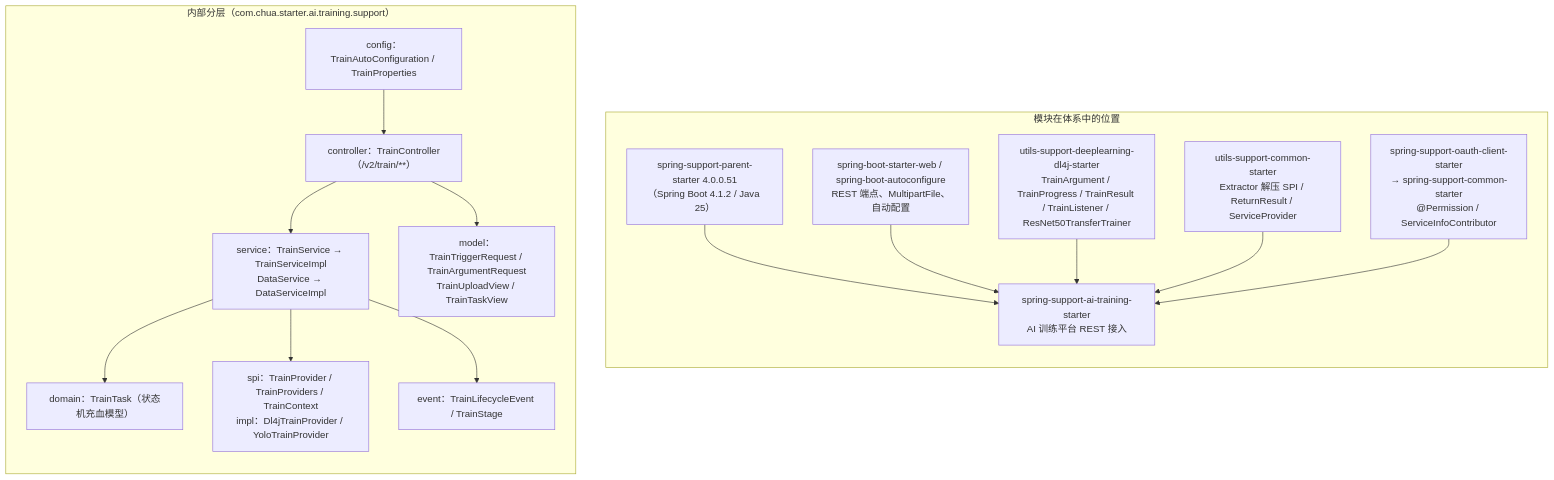
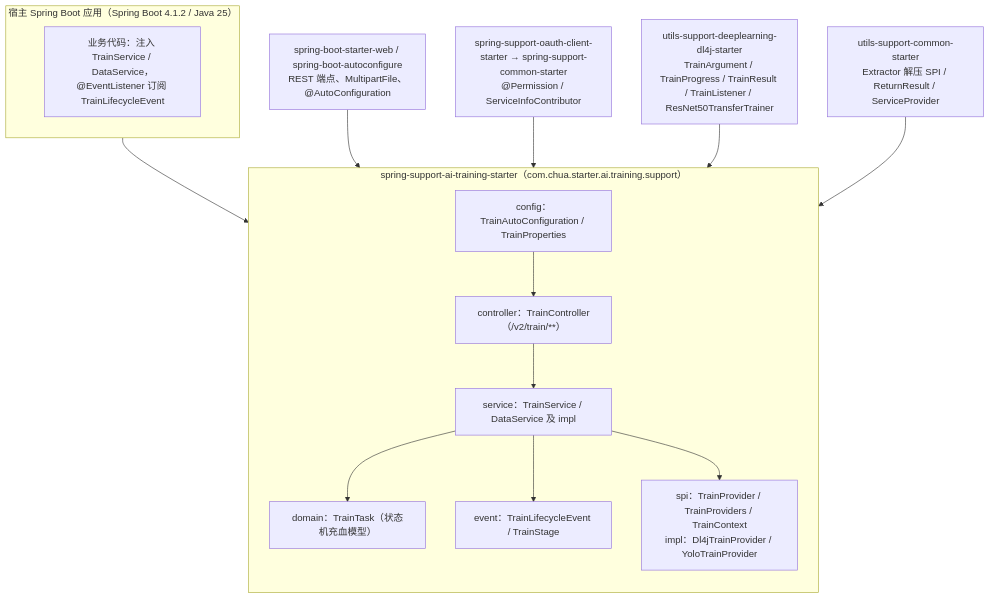
Before and after one commit to CHTK001/spring-support-parent-starter: the first of 2 diagrams in spring-support-ai-training-starter/README.md, drawn with Mermaid. The commit also changed other lines of this file and 54 other files, not shown here.

````diff
--- a/spring-support-ai-training-starter/README.md
+++ b/spring-support-ai-training-starter/README.md
@@ -8,34 +8,29 @@
 ```mermaid
 flowchart TB
-    subgraph ECO["模块在体系中的位置"]
-        direction TB
-        P["spring-support-parent-starter 4.0.0.51<br/>（Spring Boot 4.1.2 / Java 25）"]
-        MOD["spring-support-ai-training-starter<br/>AI 训练平台 REST 接入"]
-        WEB["spring-boot-starter-web / spring-boot-autoconfigure<br/>REST 端点、MultipartFile、自动配置"]
-        DL4J["utils-support-deeplearning-dl4j-starter<br/>TrainArgument / TrainProgress / TrainResult / TrainListener / ResNet50TransferTrainer"]
-        UCOMMON["utils-support-common-starter<br/>Extractor 解压 SPI / ReturnResult / ServiceProvider"]
-        OAUTH["spring-support-oauth-client-starter<br/>→ spring-support-common-starter<br/>@Permission / ServiceInfoContributor"]
-        P --> MOD
-        WEB --> MOD
-        DL4J --> MOD
-        UCOMMON --> MOD
-        OAUTH --> MOD
+    subgraph HOST["宿主 Spring Boot 应用（Spring Boot 4.1.2 / Java 25）"]
+        APP["业务代码：注入 TrainService / DataService，@EventListener 订阅 TrainLifecycleEvent"]
     end
-
-    subgraph LAYERS["内部分层（com.chua.starter.ai.training.support）"]
+    subgraph MOD["spring-support-ai-training-starter（com.chua.starter.ai.training.support）"]
         direction TB
         CFG["config：TrainAutoConfiguration / TrainProperties"]
         CTL["controller：TrainController（/v2/train/**）"]
-        SVC["service：TrainService → TrainServiceImpl<br/>DataService → DataServiceImpl"]
+        SVC["service：TrainService / DataService 及 impl"]
         DOM["domain：TrainTask（状态机充血模型）"]
+        EVT["event：TrainLifecycleEvent / TrainStage"]
         SPIX["spi：TrainProvider / TrainProviders / TrainContext<br/>impl：Dl4jTrainProvider / YoloTrainProvider"]
-        EVT["event：TrainLifecycleEvent / TrainStage"]
-        MDL["model：TrainTriggerRequest / TrainArgumentRequest<br/>TrainUploadView / TrainTaskView"]
-        CFG --> CTL
-        CTL --> SVC
+        CFG --> CTL --> SVC
         SVC --> DOM
+        SVC --> EVT
         SVC --> SPIX
-        SVC --> EVT
-        CTL --> MDL
     end
+
+    WEB["spring-boot-starter-web / spring-boot-autoconfigure<br/>REST 端点、MultipartFile、@AutoConfiguration"]
+    OAUTH["spring-support-oauth-client-starter → spring-support-common-starter<br/>@Permission / ServiceInfoContributor"]
+    DL4J["utils-support-deeplearning-dl4j-starter<br/>TrainArgument / TrainProgress / TrainResult / TrainListener / ResNet50TransferTrainer"]
+    UCOMMON["utils-support-common-starter<br/>Extractor 解压 SPI / ReturnResult / ServiceProvider"]
+    HOST --> MOD
+    WEB --> MOD
+    OAUTH --> MOD
+    DL4J --> MOD
+    UCOMMON --> MOD
 ```
````
